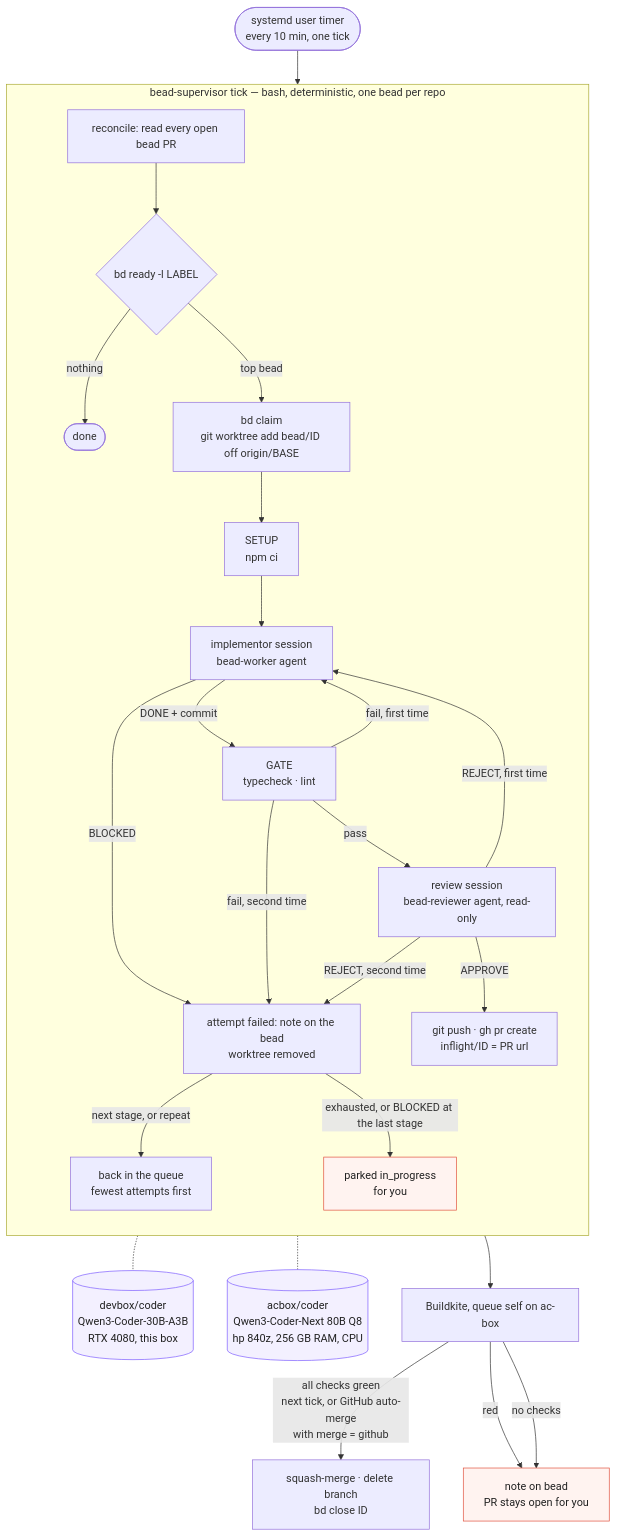
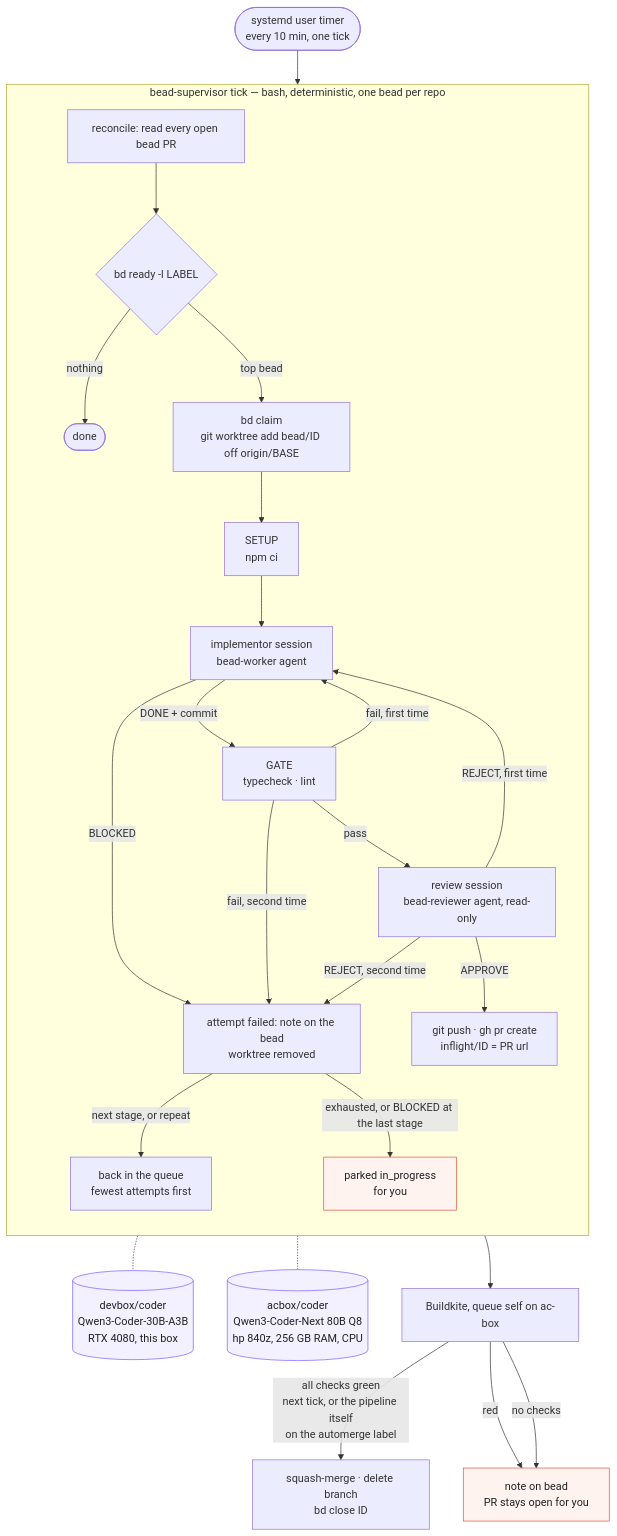
One commit to imkarrer/bead-loop changed the diagram in docs/loop.mmd. Above: the diagram before and after it, drawn with Mermaid. The commit also changed 5 other files, not shown here.

First line of the commit message:
merge = "pipeline": the loop labels the PR "automerge" and the CI pipeline merges it

```diff
--- a/docs/loop.mmd
+++ b/docs/loop.mmd
@@ -1,34 +1,34 @@
 flowchart TD
   T([systemd user timer<br/>every 10 min, one tick]) --> R
 
   subgraph tick [bead-supervisor tick — bash, deterministic, one bead per repo]
     direction TB
     R[reconcile: read every open bead PR] --> P{bd ready -l LABEL}
     P -- nothing --> Z([done])
     P -- top bead --> C[bd claim<br/>git worktree add bead/ID off origin/BASE]
     C --> U[SETUP<br/>npm ci]
     U --> W[implementor session<br/>bead-worker agent]
     W -- DONE + commit --> G[GATE<br/>typecheck · lint]
     W -- BLOCKED --> F
     G -- fail, first time --> W
     G -- fail, second time --> F
     G -- pass --> V[review session<br/>bead-reviewer agent, read-only]
     V -- REJECT, first time --> W
     V -- REJECT, second time --> F[attempt failed: note on the bead<br/>worktree removed]
     F -- next stage, or repeat --> Q[back in the queue<br/>fewest attempts first]
     F -- exhausted, or BLOCKED at the last stage --> H[parked in_progress<br/>for you]
     V -- APPROVE --> PR[git push · gh pr create<br/>inflight/ID = PR url]
   end
 
   W -.- GPU[(devbox/coder<br/>Qwen3-Coder-30B-A3B<br/>RTX 4080, this box)]
   V -.- CPU[(acbox/coder<br/>Qwen3-Coder-Next 80B Q8<br/>hp 840z, 256 GB RAM, CPU)]
 
   PR --> CI[Buildkite, queue self on ac-box]
-  CI -- all checks green<br/>next tick, or GitHub auto-merge<br/>with merge = github --> M[squash-merge · delete branch<br/>bd close ID]
+  CI -- all checks green<br/>next tick, or the pipeline itself<br/>on the automerge label --> M[squash-merge · delete branch<br/>bd close ID]
   CI -- red --> N[note on bead<br/>PR stays open for you]
   CI -- no checks --> N
 
   classDef model fill:#f3f0ff,stroke:#7c5cff,color:#222
   classDef stop fill:#fff3f0,stroke:#e0503c,color:#222
   class GPU,CPU model
   class H,N stop
```
